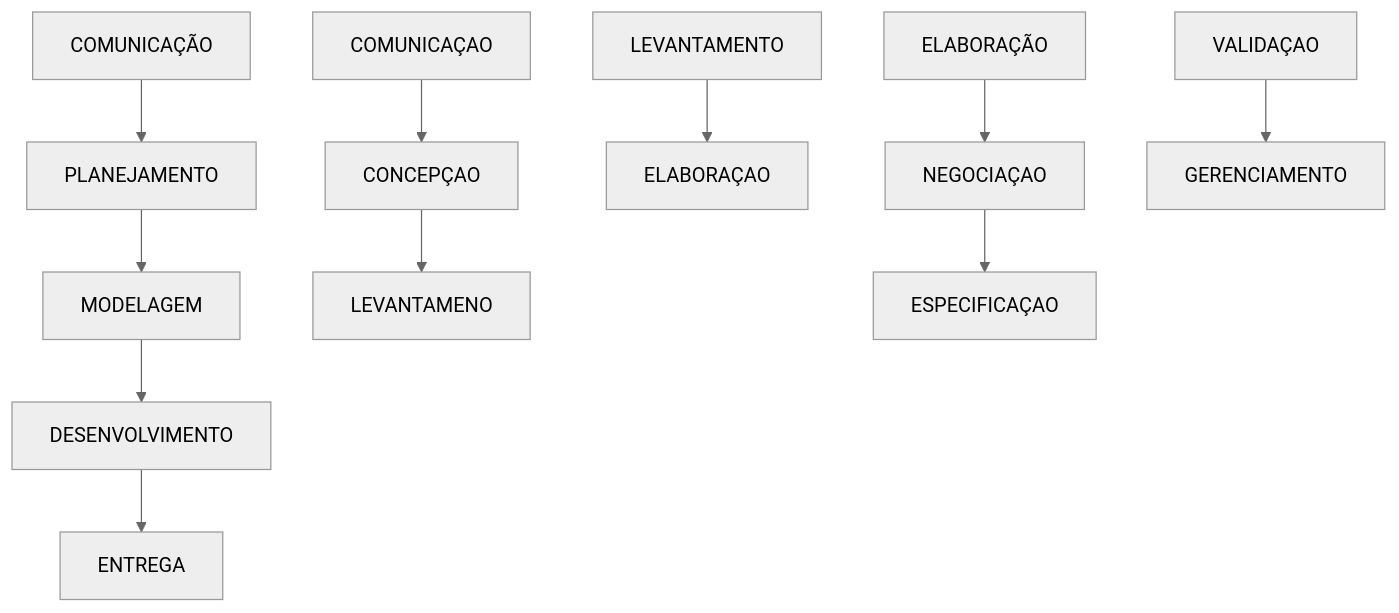
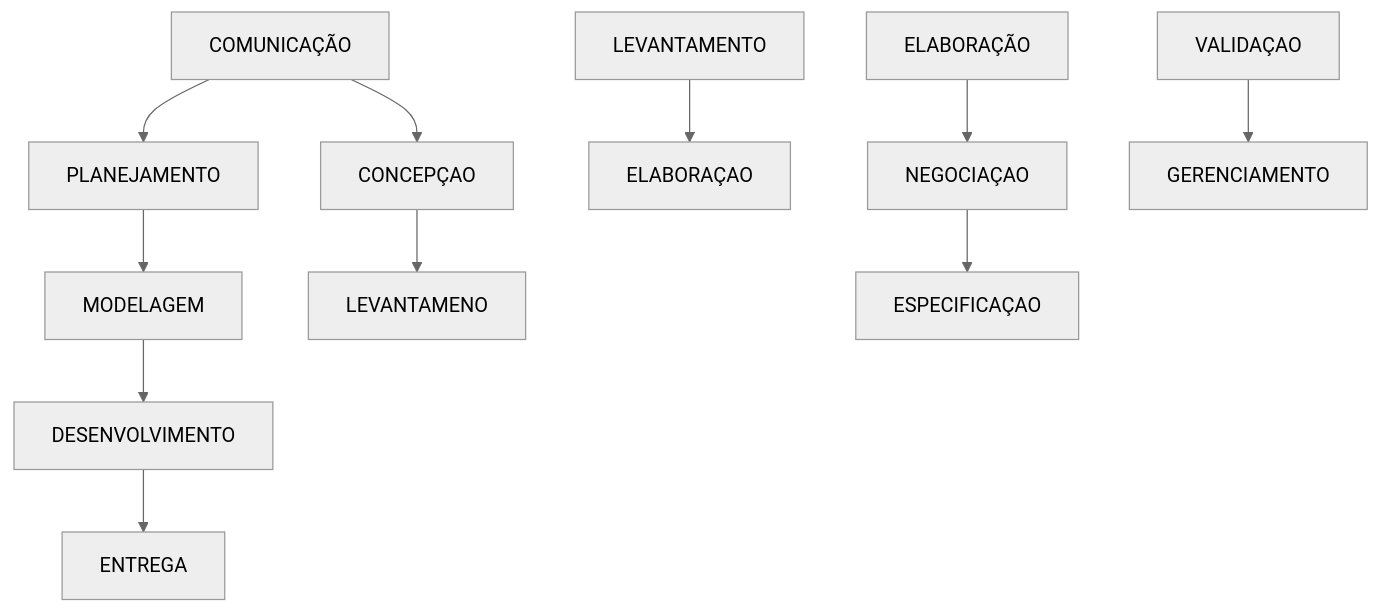
One commit to ericmds/3-Semestre changed the diagram in Engenharia e Requisitos de Software/Aula 06 - 26.03.25.md. Above: the diagram before and after it, drawn with Mermaid (neutral theme).

Commit message:
Update Aula 06 - 26.03.25.md

````diff
--- a/Engenharia e Requisitos de Software/Aula 06 - 26.03.25.md
+++ b/Engenharia e Requisitos de Software/Aula 06 - 26.03.25.md
@@ -2,13 +2,13 @@
 ```mermaid
 graph TD;
   COMUNICAÇÃO-->PLANEJAMENTO
   PLANEJAMENTO-->MODELAGEM
   MODELAGEM-->DESENVOLVIMENTO
   DESENVOLVIMENTO-->ENTREGA
-  COMUNICAÇAO-->CONCEPÇAO
+  COMUNICAÇÃO-->CONCEPÇAO
   CONCEPÇAO-->LEVANTAMENO
   LEVANTAMENTO-->ELABORAÇAO
   ELABORAÇÃO-->NEGOCIAÇAO
   NEGOCIAÇAO-->ESPECIFICAÇAO
   VALIDAÇAO-->GERENCIAMENTO
 ```
````
